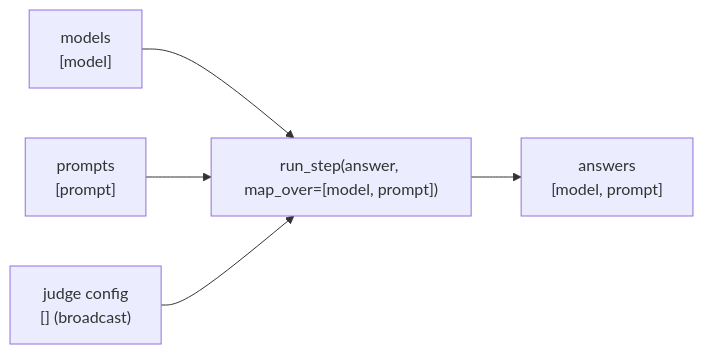
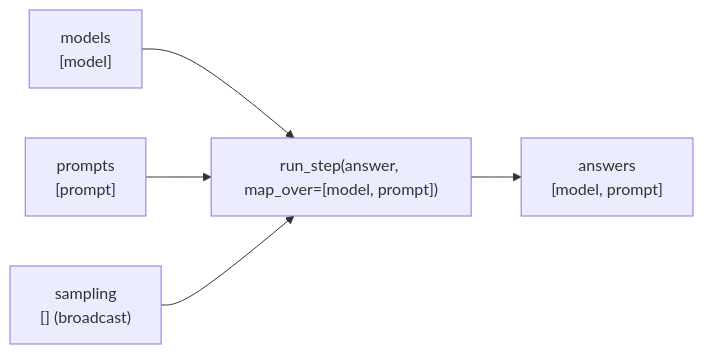
The diagram in plugins/fxtr/skills/fxtr/references/concepts/arrays-and-parallel-computations.mdx (TransluceAI/codex-plugins), drawn with Mermaid before and after one commit. The commit also changed other lines of this file and 28 other files, not shown here.

````diff
--- a/plugins/fxtr/skills/fxtr/references/concepts/arrays-and-parallel-computations.mdx
+++ b/plugins/fxtr/skills/fxtr/references/concepts/arrays-and-parallel-computations.mdx
@@ -189,7 +189,7 @@
 ```mermaid
 flowchart LR
   M["models<br/>[model]"] --> R["run_step(answer, map_over=[model, prompt])"]
   P["prompts<br/>[prompt]"] --> R
-  C["judge config<br/>[]  (broadcast)"] --> R
+  C["sampling<br/>[]  (broadcast)"] --> R
   R --> O["answers<br/>[model, prompt]"]
 ```
````
